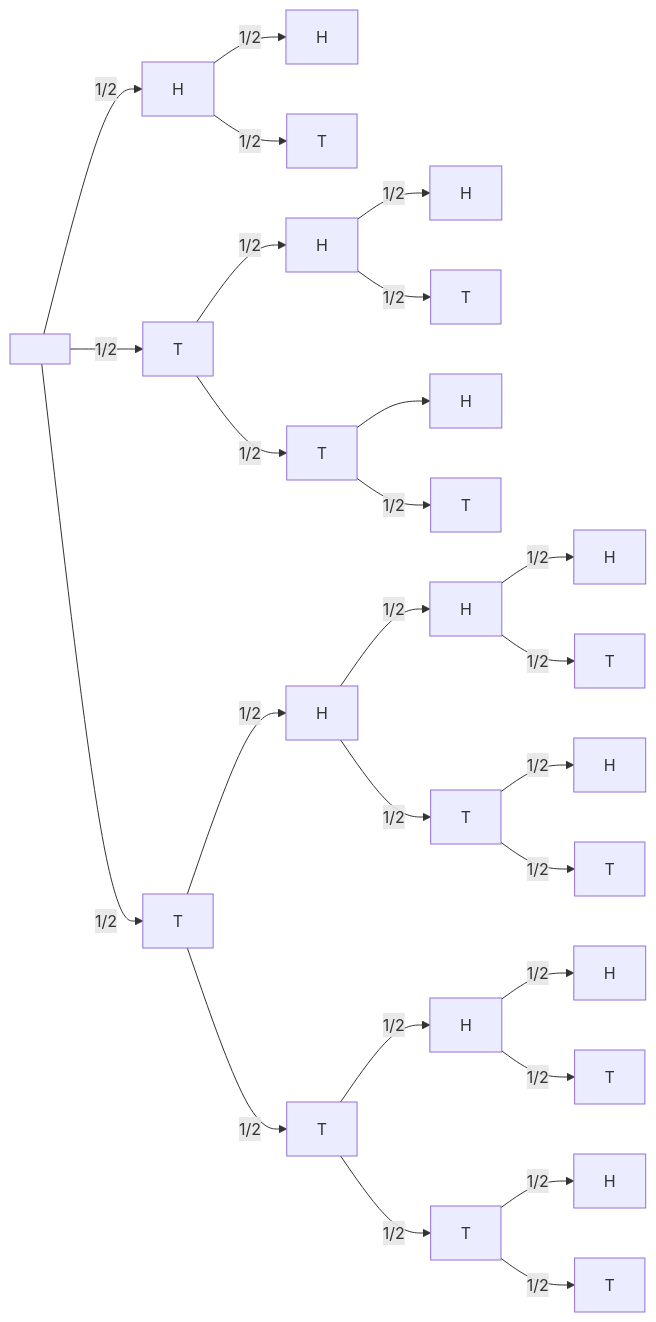
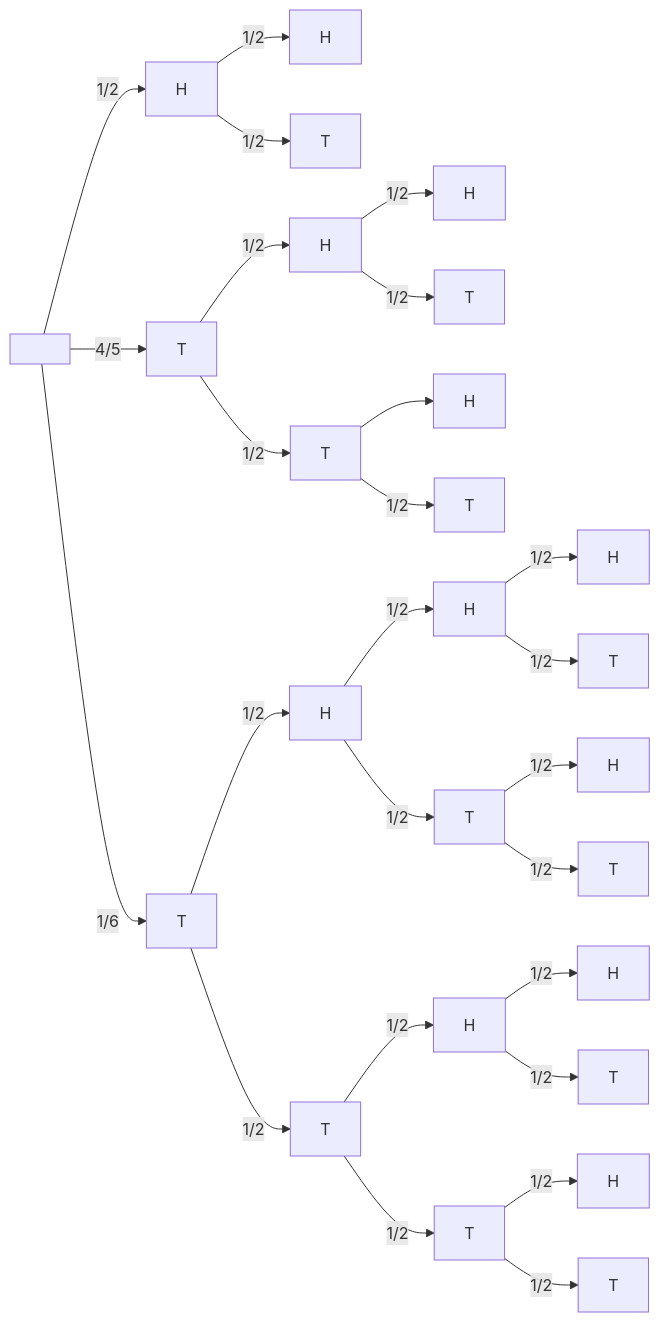
Before and after one commit to connor1883/problem-sets: the second of 3 diagrams in ps3.qmd, drawn with Mermaid. The commit also changed other lines of this file and 2 other files, not shown here.

````diff
--- a/ps3.qmd
+++ b/ps3.qmd
@@ -30,28 +31,28 @@
 ```{mermaid}
 graph LR
     A[" "]
-    A -->|1/2| H["H"]
+    A-->|1/2| H["H"]
     H -->|1/2| N["H"]
     H -->|1/2| O["T"]
-    A -->|1/2| I["T"]
+    A -->|4/5| I["T"]
     I -->|1/2| P["H"]
     I -->|1/2| Q["T"]-->BB[H]
     Q -->|1/2| QQ[T]
-    A -->|1/2| C["T"]
+    A -->|1/6| C["T"]
     C -->|1/2| E["H"]
     E -->|1/2| J["H"]
     E -->|1/2| K["T"]
     C -->|1/2| F["T"]
     F -->|1/2| L["H"]
     F -->|1/2| M["T"]
     J -->|1/2| R["H"]
     J -->|1/2| S["T"]
     K -->|1/2| T["H"]
     K -->|1/2| U["T"]
     L -->|1/2| V["H"]
     L -->|1/2| W["T"]
     M -->|1/2| X["H"]
     M -->|1/2| Y["T"]
     P -->|1/2| Z["H"]
     P -->|1/2| AA["T"]
 ```
````
